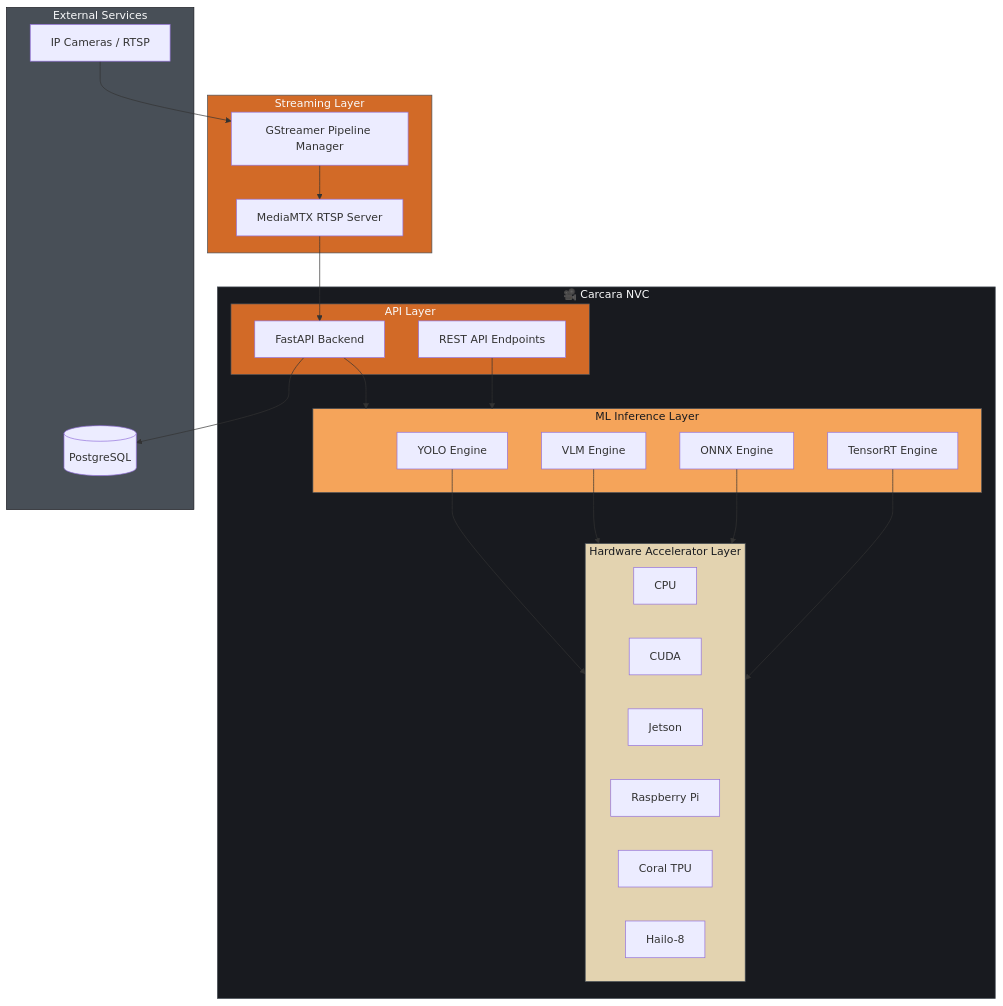
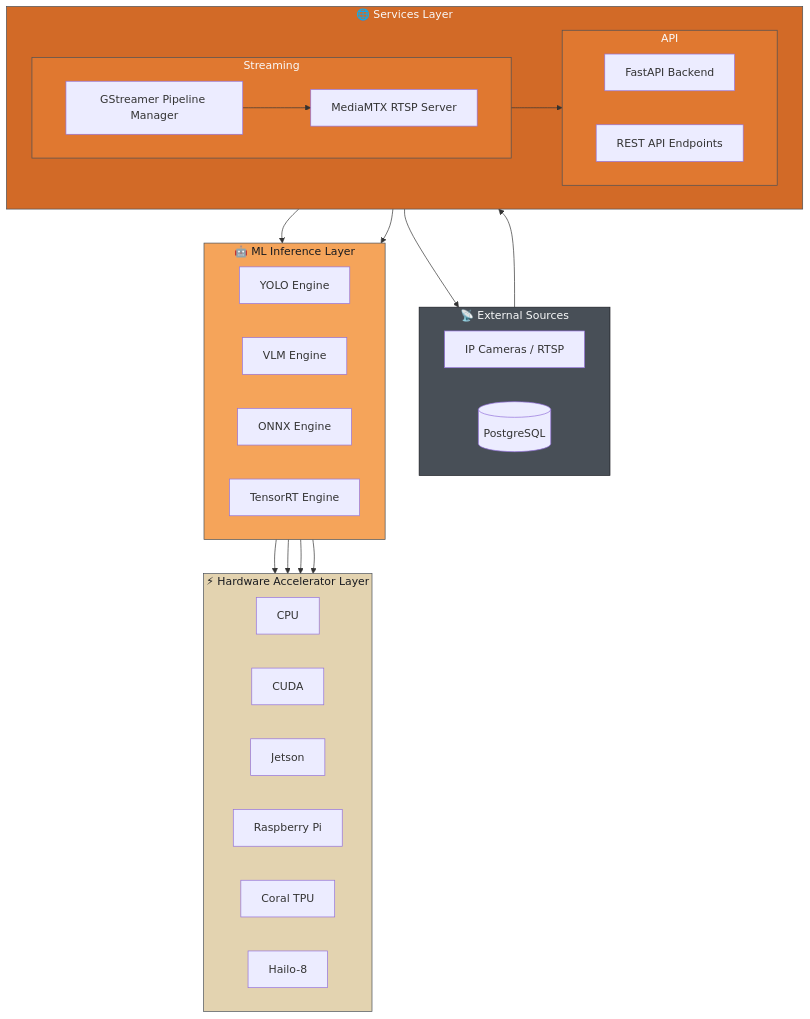
Before and after one commit to marcoscunha/carcara-vision: the diagram in README.md, drawn with Mermaid.

Commit message:
Improve architecture figure

````diff
--- a/README.md
+++ b/README.md
@@ -29,55 +29,64 @@
 ```mermaid
 flowchart TB
-    subgraph CarcaraNVC["🎥 Carcara NVC"]
-        subgraph API["API Layer"]
+    subgraph External["📡 External Sources"]
+        direction LR
+        Cameras["IP Cameras / RTSP"]
+        DB[(PostgreSQL)]
+    end
+
+    subgraph Services["🌐 Services Layer"]
+        direction LR
+        subgraph Streaming["Streaming"]
+            direction LR
+            GStreamer["GStreamer Pipeline Manager"]
+            MediaMTX["MediaMTX RTSP Server"]
+        end
+
+        subgraph API["API"]
+            direction LR
             FastAPI["FastAPI Backend"]
             REST["REST API Endpoints"]
         end
-
-        subgraph ML["ML Inference Layer"]
-            YOLO["YOLO Engine"]
-            VLM["VLM Engine"]
-            ONNX["ONNX Engine"]
-            TensorRT["TensorRT Engine"]
-        end
-
-        subgraph HW["Hardware Accelerator Layer"]
-            CPU["CPU"]
-            CUDA["CUDA"]
-            Jetson["Jetson"]
-            RPi["Raspberry Pi"]
-            Coral["Coral TPU"]
-            Hailo["Hailo-8"]
-        end
     end
 
-    subgraph Streaming["Streaming Layer"]
-        GStreamer["GStreamer Pipeline Manager"]
-        MediaMTX["MediaMTX RTSP Server"]
+    subgraph ML["🤖 ML Inference Layer"]
+        direction LR
+        YOLO["YOLO Engine"]
+        VLM["VLM Engine"]
+        ONNX["ONNX Engine"]
+        TensorRT["TensorRT Engine"]
     end
 
-    subgraph External["External Services"]
-        DB[(PostgreSQL)]
-        Cameras["IP Cameras / RTSP"]
+    subgraph HW["⚡ Hardware Accelerator Layer"]
+        direction LR
+        CPU["CPU"]
+        CUDA["CUDA"]
+        Jetson["Jetson"]
+        RPi["Raspberry Pi"]
+        Coral["Coral TPU"]
+        Hailo["Hailo-8"]
     end
 
+    %% Data Flow
+    Cameras --> GStreamer
+    GStreamer --> MediaMTX
+    MediaMTX --> FastAPI
+    FastAPI --> DB
+
+    %% API to ML
     FastAPI --> ML
     REST --> ML
 
+    %% ML to Hardware
     YOLO --> HW
     VLM --> HW
     ONNX --> HW
     TensorRT --> HW
 
-    Cameras --> GStreamer
-    GStreamer --> MediaMTX
-    MediaMTX --> FastAPI
-    FastAPI --> DB
-
-    style CarcaraNVC fill:#181A1F,stroke:#484F57,color:#F9FAFB
-    style API fill:#D26A27,stroke:#484F57,color:#F9FAFB
+    style External fill:#484F57,stroke:#181A1F,color:#F9FAFB
+    style Services fill:#D26A27,stroke:#484F57,color:#F9FAFB
+    style Streaming fill:#E07830,stroke:#484F57,color:#F9FAFB
+    style API fill:#E07830,stroke:#484F57,color:#F9FAFB
     style ML fill:#F5A45A,stroke:#484F57,color:#181A1F
     style HW fill:#E3D3B0,stroke:#484F57,color:#181A1F
-    style Streaming fill:#D26A27,stroke:#484F57,color:#F9FAFB
-    style External fill:#484F57,stroke:#181A1F,color:#F9FAFB
 ```
````
